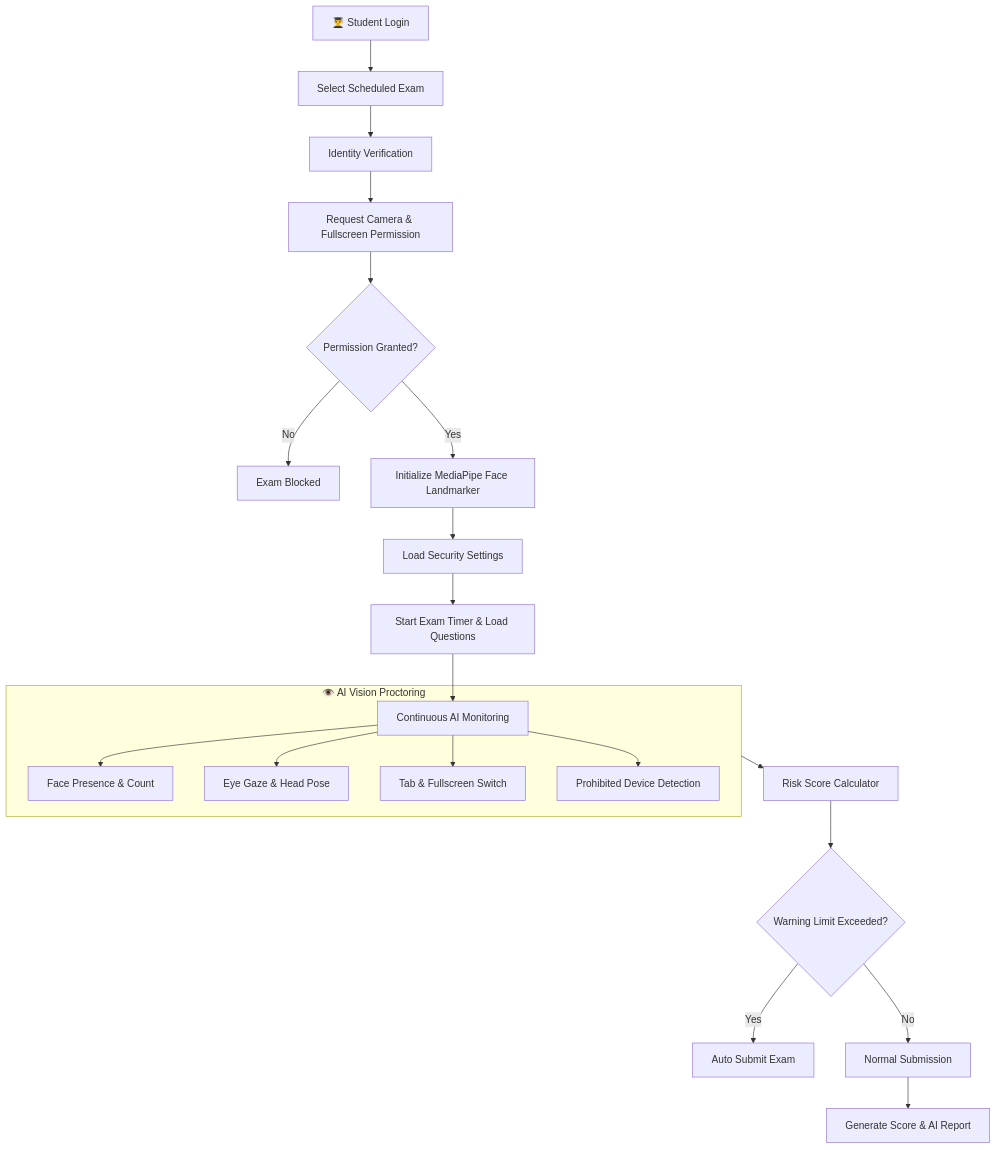
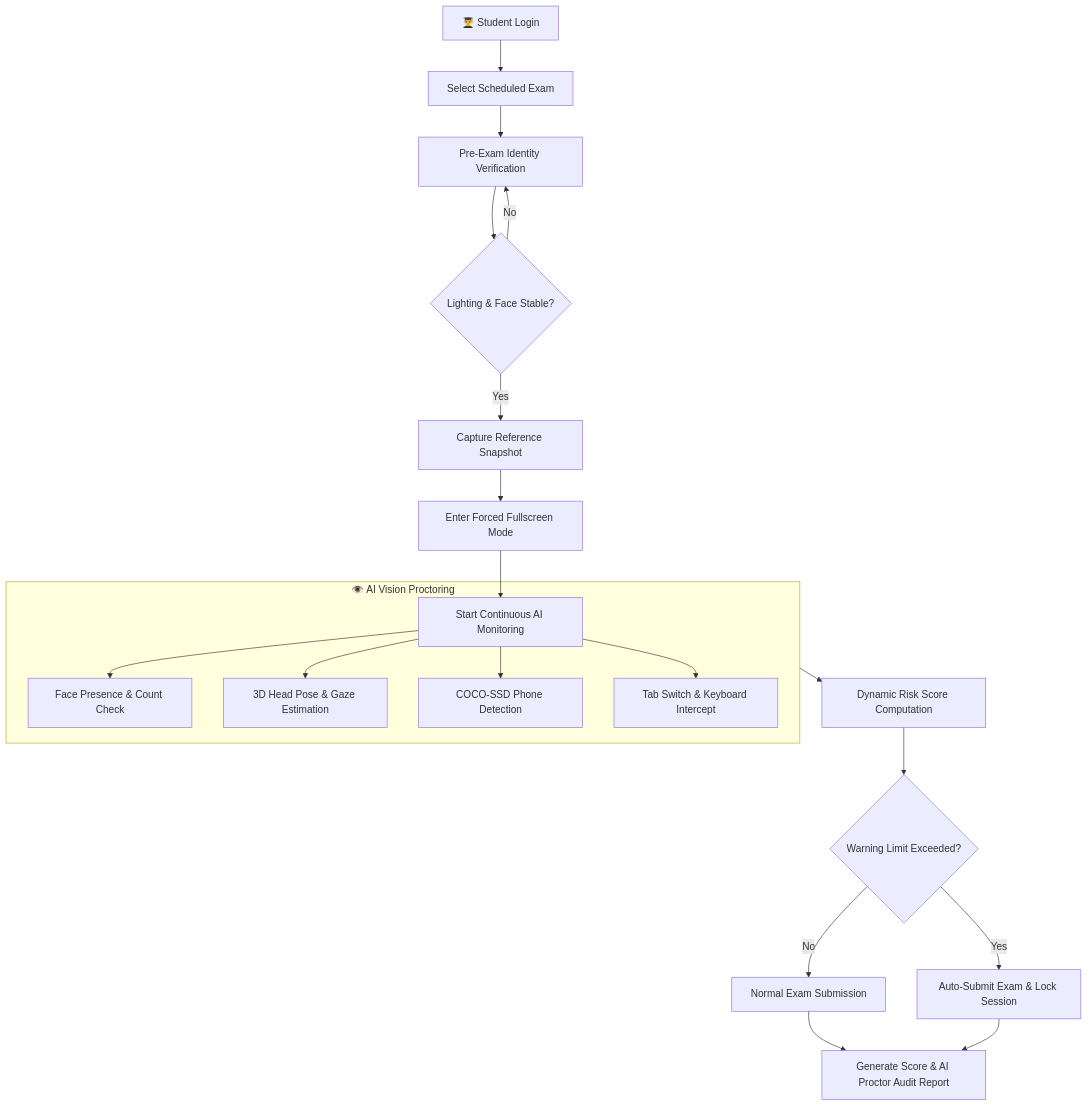
The second of 3 diagrams in README.md (zaid46kazi-wq/Smart-AI-Online-Examination-Portal), drawn with Mermaid before and after one commit. The commit also changed other lines of this file and 70 other files, not shown here.

First line of the commit message:
feat: add AI subjective evaluation, AI study chatbot, UI design system, and offline MediaPipe assets

````diff
--- a/README.md
+++ b/README.md
@@ -137,25 +87,24 @@
 ```mermaid
 flowchart TD
     A["👨‍🎓 Student Login"] --> B["Select Scheduled Exam"]
-    B --> C["Identity Verification"]
-    C --> D["Request Camera & Fullscreen Permission"]
-    D --> E{"Permission Granted?"}
-    E -- No --> X["Exam Blocked"]
-    E -- Yes --> F["Initialize MediaPipe Face Landmarker"]
-    F --> G["Load Security Settings"]
-    G --> H["Start Exam Timer & Load Questions"]
-    H --> I["Continuous AI Monitoring"]
+    B --> C["Pre-Exam Identity Verification"]
+    C --> D{"Lighting & Face Stable?"}
+    D -- No --> C
+    D -- Yes --> E["Capture Reference Snapshot"]
+    E --> F["Enter Forced Fullscreen Mode"]
+    F --> G["Start Continuous AI Monitoring"]
 
     subgraph Monitoring ["👁️ AI Vision Proctoring"]
-        I --> N["Face Presence & Count"]
-        I --> O["Eye Gaze & Head Pose"]
-        I --> P["Tab & Fullscreen Switch"]
-        I --> Q["Prohibited Device Detection"]
+        G --> H["Face Presence & Count Check"]
+        G --> I["3D Head Pose & Gaze Estimation"]
+        G --> J["COCO-SSD Phone Detection"]
+        G --> K["Tab Switch & Keyboard Intercept"]
     end
 
-    Monitoring --> R["Risk Score Calculator"]
-    R --> S{"Warning Limit Exceeded?"}
-    S -- Yes --> T["Auto Submit Exam"]
-    S -- No --> U["Normal Submission"]
-    U --> V["Generate Score & AI Report"]
+    Monitoring --> L["Dynamic Risk Score Computation"]
+    L --> M{"Warning Limit Exceeded?"}
+    M -- Yes --> N["Auto-Submit Exam & Lock Session"]
+    M -- No --> O["Normal Exam Submission"]
+    O --> P["Generate Score & AI Proctor Audit Report"]
+    N --> P
 ```
````
